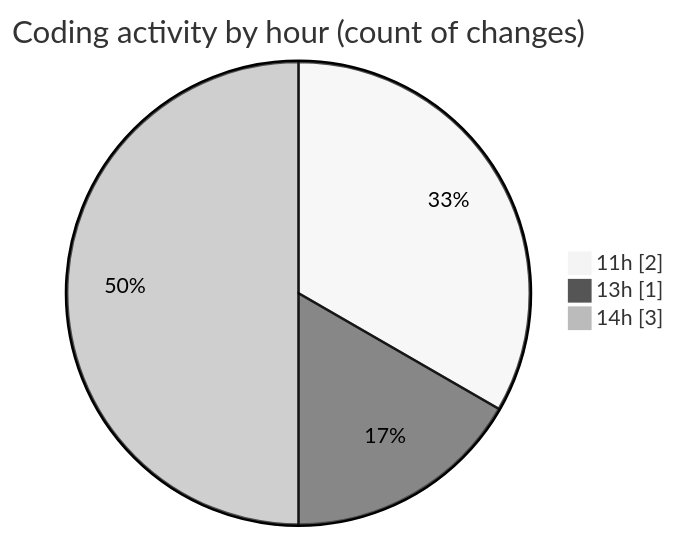
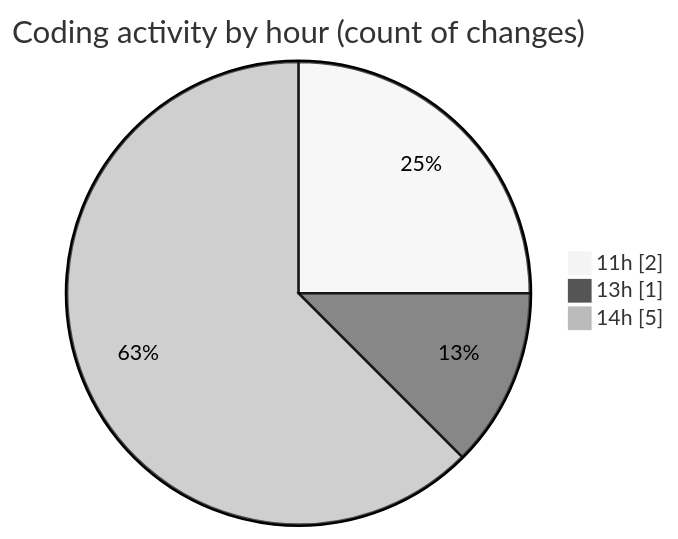
The second of 2 diagrams in 2026-06-18/nxtqube_webapp/README.md (nxtqubesakshisongat/code-tracking), drawn with Mermaid (neutral theme) before and after one commit. The commit also changed other lines of this file and 1 other file, not shown here.

````diff
--- a/2026-06-18/nxtqube_webapp/README.md
+++ b/2026-06-18/nxtqube_webapp/README.md
@@ -28,7 +28,7 @@
 ```mermaid
 pie showData
 title Coding activity by hour (count of changes)
 "11h" : 2
 "13h" : 1
-"14h" : 3
+"14h" : 5
 ```
````
